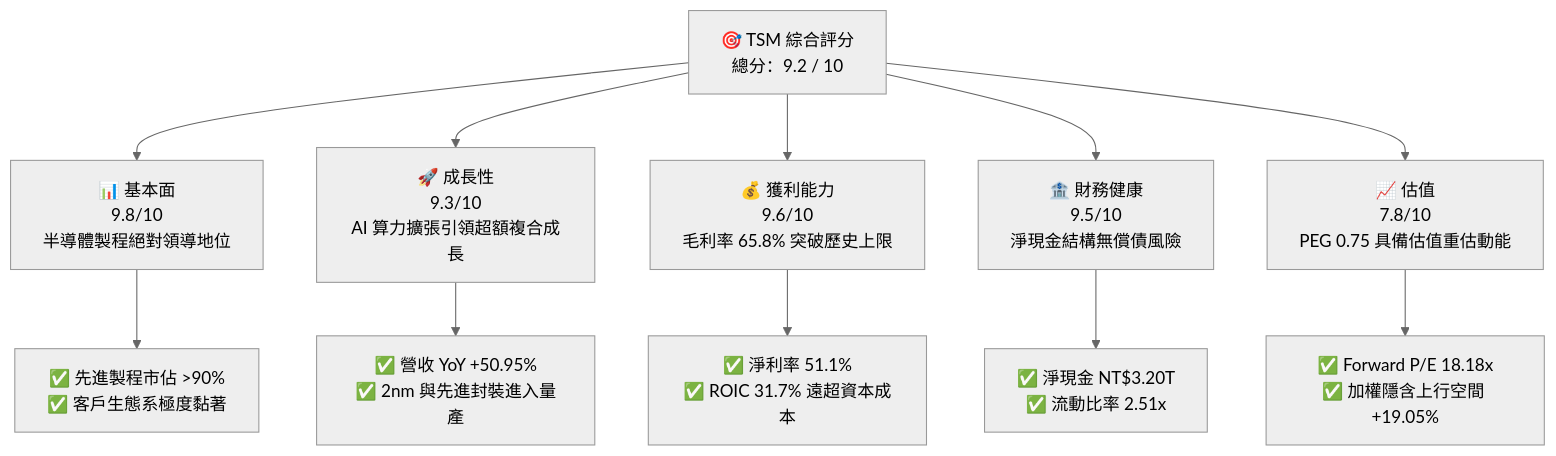
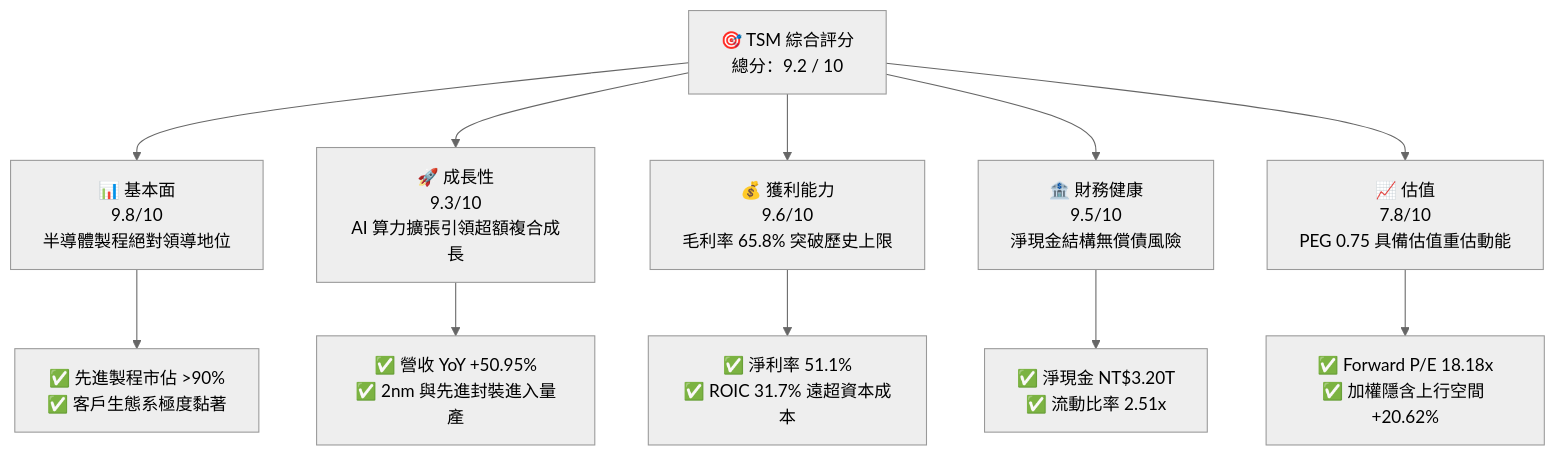
One commit to yennanliu/finance_data changed the first of 15 diagrams in ai_gen_report/fundamental/tsm/fundamental_analysis_2026-10-20_gemini.md. Above: the diagram before and after it, drawn with Mermaid (neutral theme). The commit also changed other lines of this file and 339 other files, not shown here.

````diff
--- a/ai_gen_report/fundamental/tsm/fundamental_analysis_2026-10-20_gemini.md
+++ b/ai_gen_report/fundamental/tsm/fundamental_analysis_2026-10-20_gemini.md
@@ -64,22 +71,22 @@
 ```mermaid
 graph TD
     TICKER["🎯 TSM 綜合評分<br/>總分：9.2 / 10"]
 
     F["📊 基本面<br/>9.8/10<br/>半導體製程絕對領導地位"]
     G["🚀 成長性<br/>9.3/10<br/>AI 算力擴張引領超額複合成長"]
     P["💰 獲利能力<br/>9.6/10<br/>毛利率 65.8% 突破歷史上限"]
     B["🏦 財務健康<br/>9.5/10<br/>淨現金結構無償債風險"]
     V["📈 估值<br/>7.8/10<br/>PEG 0.75 具備估值重估動能"]
 
     TICKER --> F
     TICKER --> G
     TICKER --> P
     TICKER --> B
     TICKER --> V
 
     F --> F1["✅ 先進製程市佔 >90%<br/>✅ 客戶生態系極度黏著"]
     G --> G1["✅ 營收 YoY +50.95%<br/>✅ 2nm 與先進封裝進入量產"]
     P --> P1["✅ 淨利率 51.1%<br/>✅ ROIC 31.7% 遠超資本成本"]
     B --> B1["✅ 淨現金 NT$3.20T<br/>✅ 流動比率 2.51x"]
-    V --> V1["✅ Forward P/E 18.18x<br/>✅ 加權隱含上行空間 +19.05%"]
+    V --> V1["✅ Forward P/E 18.18x<br/>✅ 加權隱含上行空間 +20.62%"]
 ```
````
